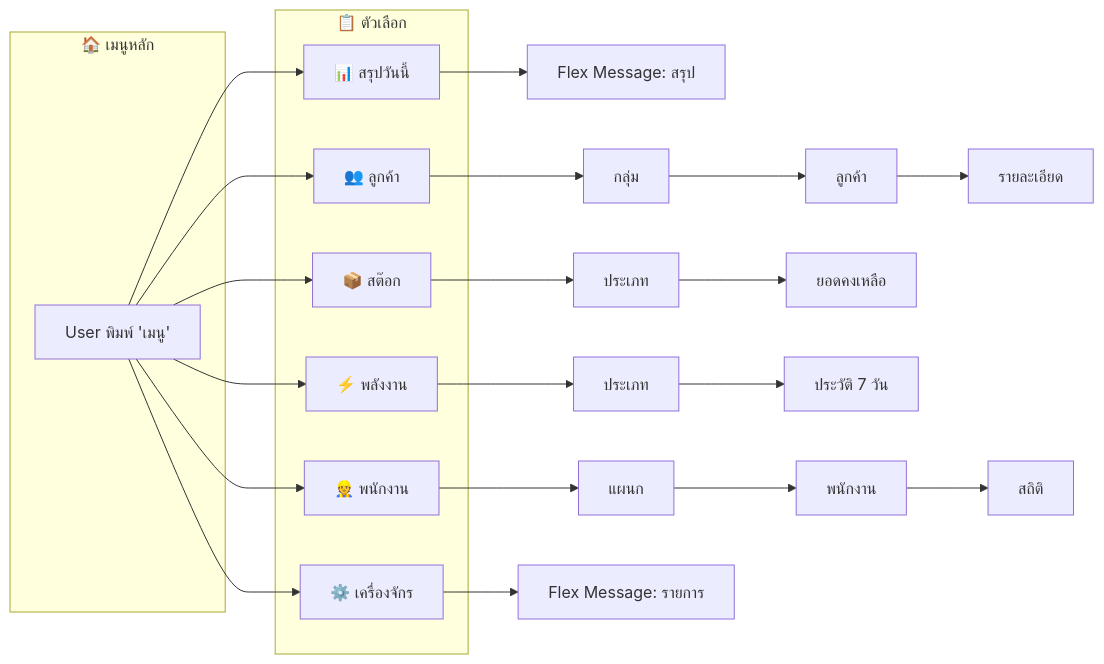
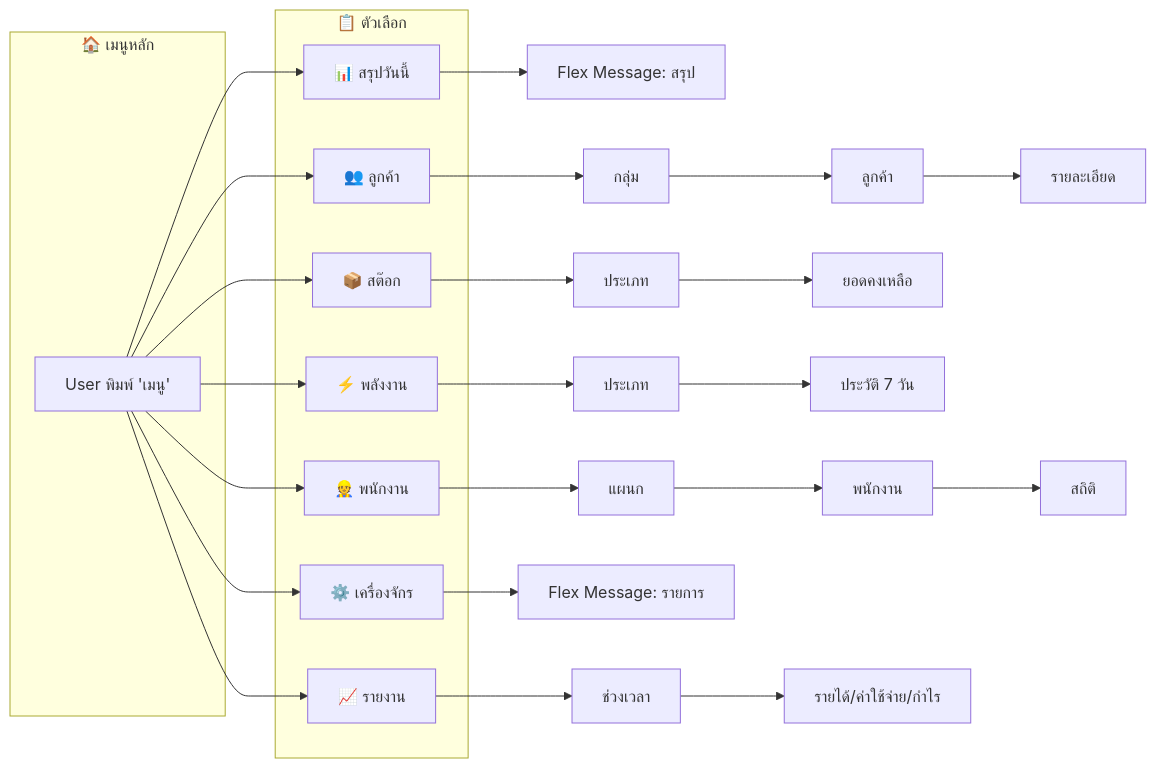
One commit to danya0365/linin-soft-tech-laravel changed the eighth of 8 diagrams in docs/line-oa-use-case-readme.md. Above: the diagram before and after it, drawn with Mermaid. The commit also changed other lines of this file and 3 other files, not shown here.

````diff
--- a/docs/line-oa-use-case-readme.md
+++ b/docs/line-oa-use-case-readme.md
@@ -162,29 +190,32 @@
 ```mermaid
 flowchart LR
     subgraph Main["🏠 เมนูหลัก"]
         A[User พิมพ์ 'เมนู']
     end
     
     subgraph Options["📋 ตัวเลือก"]
         B[📊 สรุปวันนี้]
         C[👥 ลูกค้า]
         D[📦 สต๊อก]
         E[⚡ พลังงาน]
         F[👷 พนักงาน]
         G[⚙️ เครื่องจักร]
+        H[📈 รายงาน]
     end
     
     A --> B
     A --> C
     A --> D
     A --> E
     A --> F
     A --> G
+    A --> H
     
     B --> B1[Flex Message: สรุป]
     C --> C1[กลุ่ม] --> C2[ลูกค้า] --> C3[รายละเอียด]
     D --> D1[ประเภท] --> D2[ยอดคงเหลือ]
     E --> E1[ประเภท] --> E2[ประวัติ 7 วัน]
     F --> F1[แผนก] --> F2[พนักงาน] --> F3[สถิติ]
     G --> G1[Flex Message: รายการ]
+    H --> H1[ช่วงเวลา] --> H2[รายได้/ค่าใช้จ่าย/กำไร]
 ```
````
